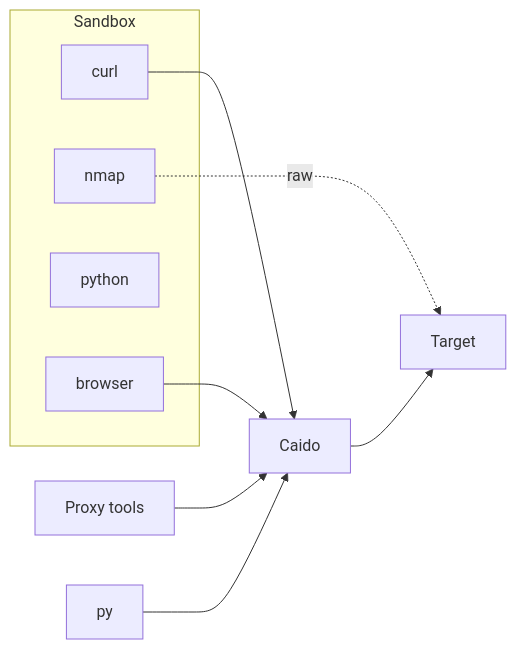
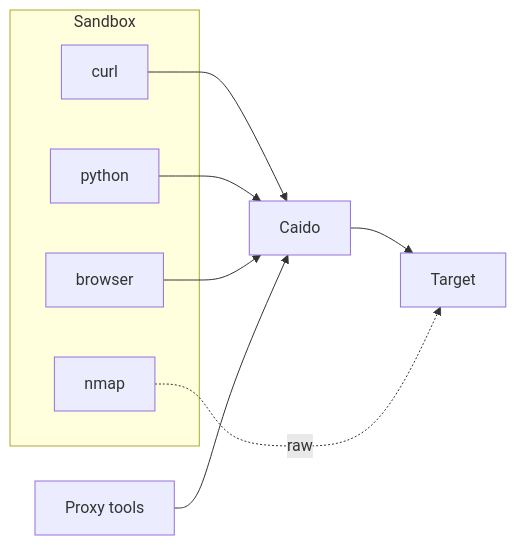
Before and after one commit to joels-sandgarden/strix-docs: the diagram in 06-seeing-traffic-proxy-and-browser.md, drawn with Mermaid.

Commit message:
Revise traffic proxy and browser guide

````diff
--- a/06-seeing-traffic-proxy-and-browser.md
+++ b/06-seeing-traffic-proxy-and-browser.md
@@ -13,20 +13,20 @@
 ```mermaid
 flowchart LR
   subgraph sandbox[Sandbox]
     curl[curl]
     nmap[nmap]
     python[python]
     browser[browser]
   end
 
   caido[Caido]
   target[Target]
   host[Proxy tools]
 
   curl --> caido
-  py --> caido
+  python --> caido
   browser --> caido
   host --> caido
   caido --> target
   nmap -. raw .-> target
 ```
````
